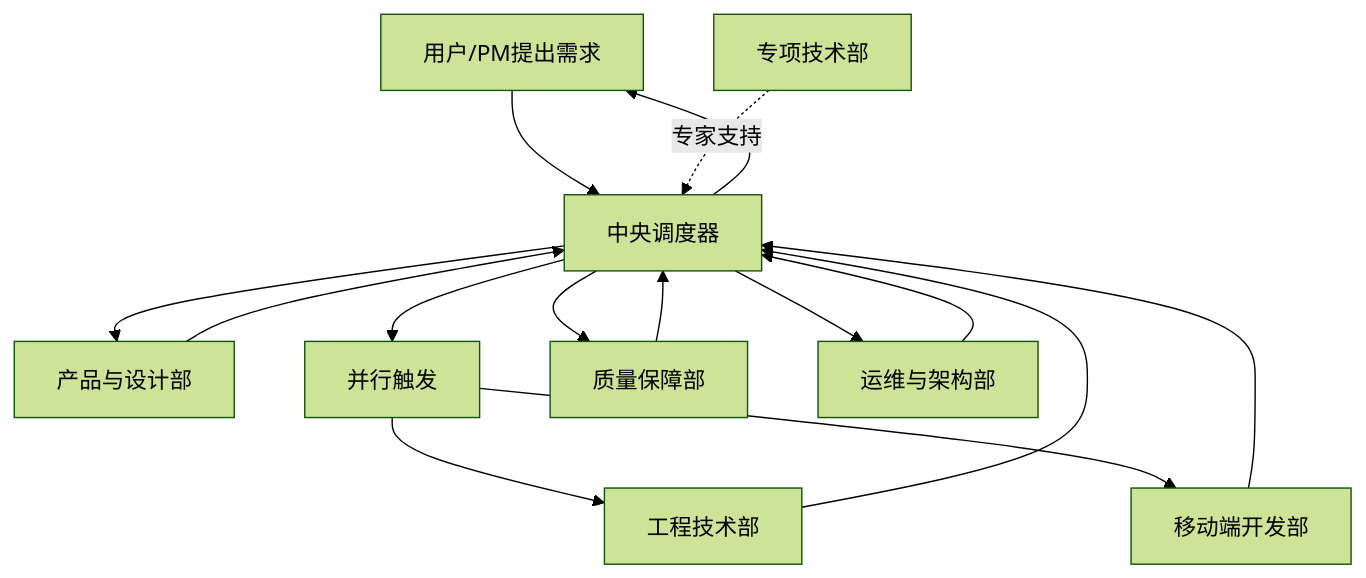
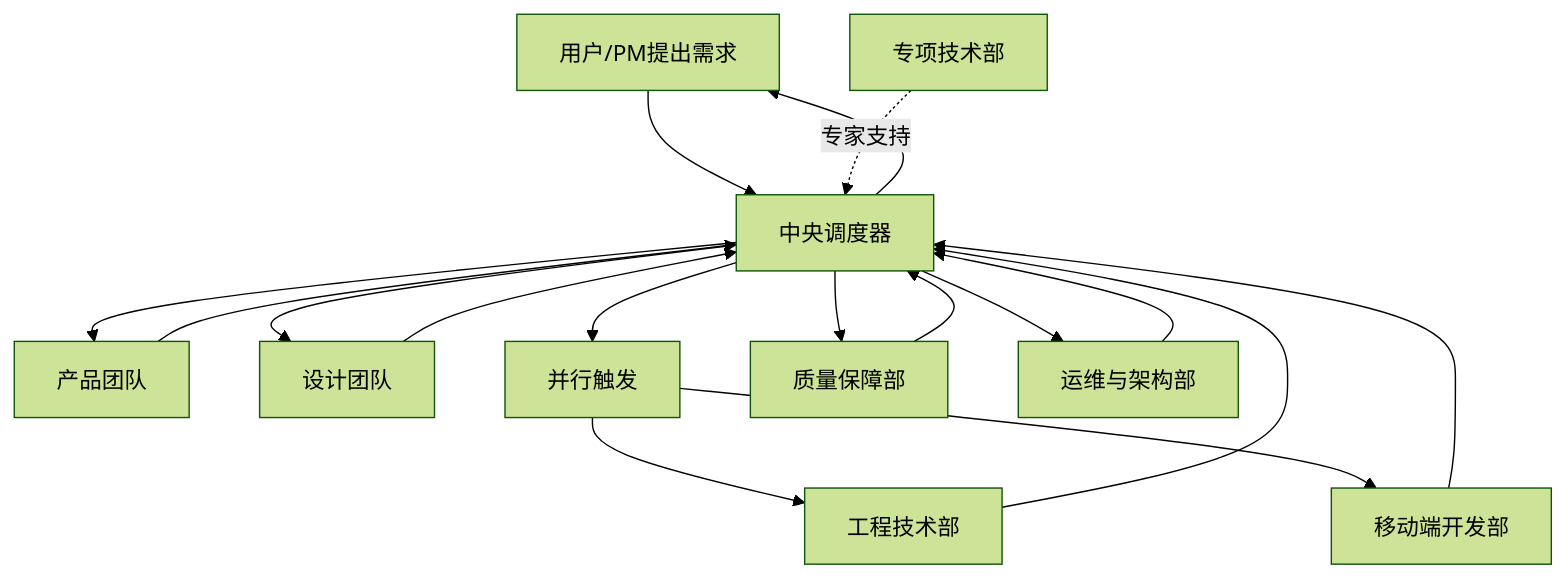
Before and after one commit to Tooooommy/Trae-Workflow: the diagram in README.md, drawn with Mermaid (forest theme). The commit also changed other lines of this file and 4 other files, not shown here.

Commit message:
refactor: 分化为 product-team 和 design-team

````diff
--- a/README.md
+++ b/README.md
@@ -34,24 +34,27 @@
 ```mermaid
 flowchart TD
     User[用户/PM提出需求] --> Orchestrator[中央调度器]
 
-    Orchestrator --> Product[产品与设计部]
+    Orchestrator --> Product[产品团队]
     Product --> Orchestrator
+
+    Orchestrator --> Design[设计团队]
+    Design --> Orchestrator
 
     Orchestrator --> Parallel[并行触发]
     Parallel --> Dev[工程技术部]
     Parallel --> Mobile[移动端开发部]
 
     Dev --> Orchestrator
     Mobile --> Orchestrator
 
     Orchestrator --> QA[质量保障部]
     QA --> Orchestrator
 
     Orchestrator --> Ops[运维与架构部]
     Ops --> Orchestrator
 
     Orchestrator --> User
 
     Expert[专项技术部] -. 专家支持 .-> Orchestrator
 ```
````
